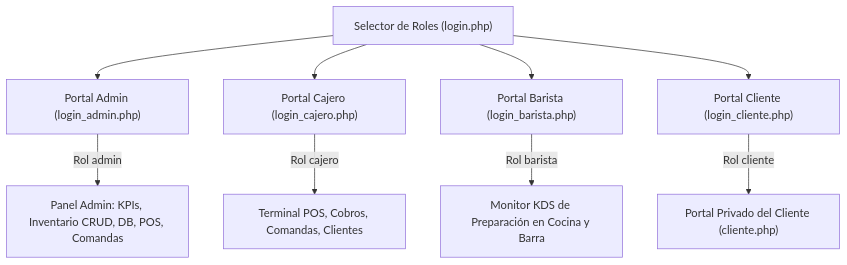
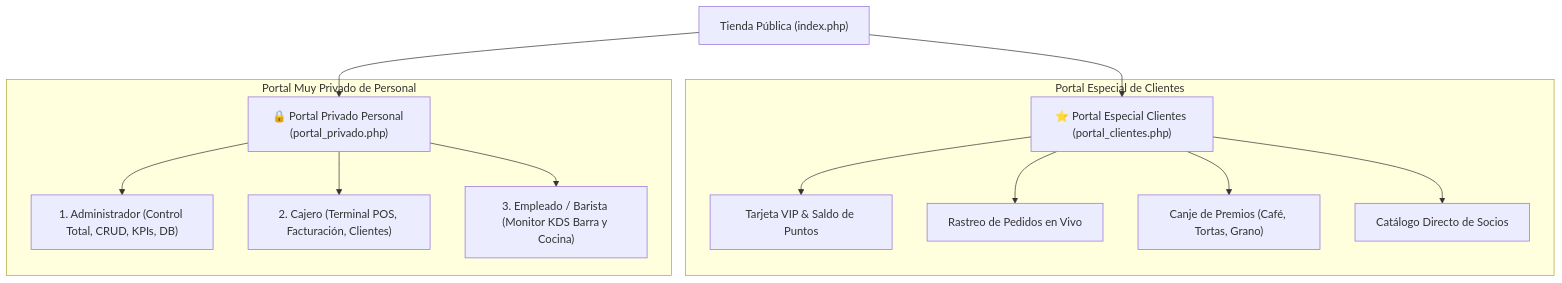
Before and after one commit to Ronald2008a/La_casa_del_buen_cafe: the second of 3 diagrams in DOCUMENTACION_SISTEMA.md, drawn with Mermaid. The commit also changed other lines of this file and 11 other files, not shown here.

Commit message:
feat: portal especial de clientes y portal muy privado para personal (admin, cajero y empleado)

````diff
--- a/DOCUMENTACION_SISTEMA.md
+++ b/DOCUMENTACION_SISTEMA.md
@@ -154,12 +154,18 @@
 ```mermaid
 flowchart TD
-    Selector["Selector de Roles (login.php)"] --> P1["Portal Admin (login_admin.php)"]
-    Selector --> P2["Portal Cajero (login_cajero.php)"]
-    Selector --> P3["Portal Barista (login_barista.php)"]
-    Selector --> P4["Portal Cliente (login_cliente.php)"]
+    Public["Tienda Pública (index.php)"] --> PClientes["⭐ Portal Especial Clientes (portal_clientes.php)"]
+    Public --> PPrivado["🔒 Portal Privado Personal (portal_privado.php)"]
 
-    P1 -->|Rol admin| Dash["Panel Admin: KPIs, Inventario CRUD, DB, POS, Comandas"]
-    P2 -->|Rol cajero| POS["Terminal POS, Cobros, Comandas, Clientes"]
-    P3 -->|Rol barista| KDS["Monitor KDS de Preparación en Cocina y Barra"]
-    P4 -->|Rol cliente| CliPortal["Portal Privado del Cliente (cliente.php)"]
+    subgraph PortalClientes ["Portal Especial de Clientes"]
+        PClientes --> VIPCard["Tarjeta VIP & Saldo de Puntos"]
+        PClientes --> LiveTrack["Rastreo de Pedidos en Vivo"]
+        PClientes --> Redeem["Canje de Premios (Café, Tortas, Grano)"]
+        PClientes --> FastOrder["Catálogo Directo de Socios"]
+    end
+
+    subgraph PortalPrivado ["Portal Muy Privado de Personal"]
+        PPrivado --> RAdmin["1. Administrador (Control Total, CRUD, KPIs, DB)"]
+        PPrivado --> RCaja["2. Cajero (Terminal POS, Facturación, Clientes)"]
+        PPrivado --> RBarista["3. Empleado / Barista (Monitor KDS Barra y Cocina)"]
+    end
 ```
````
